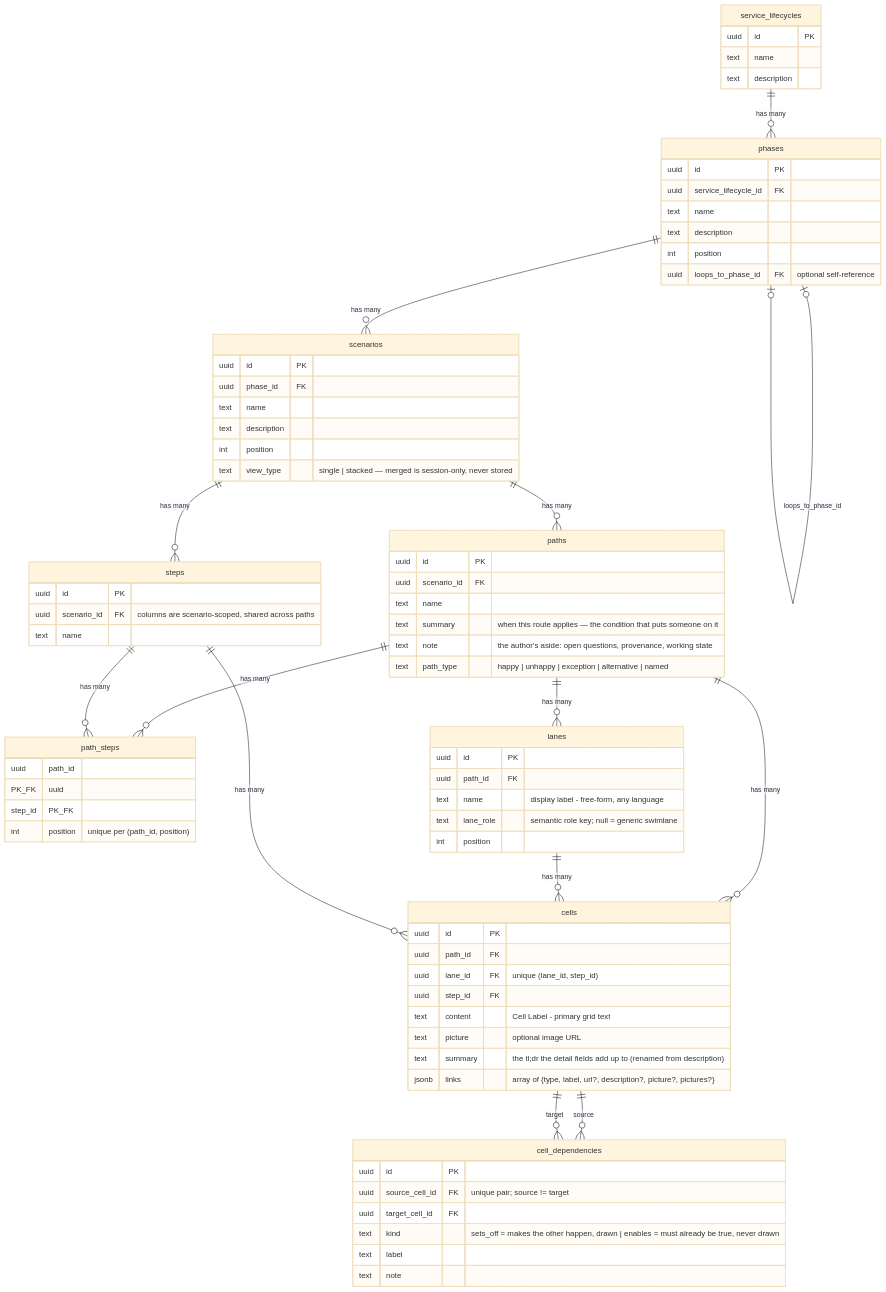
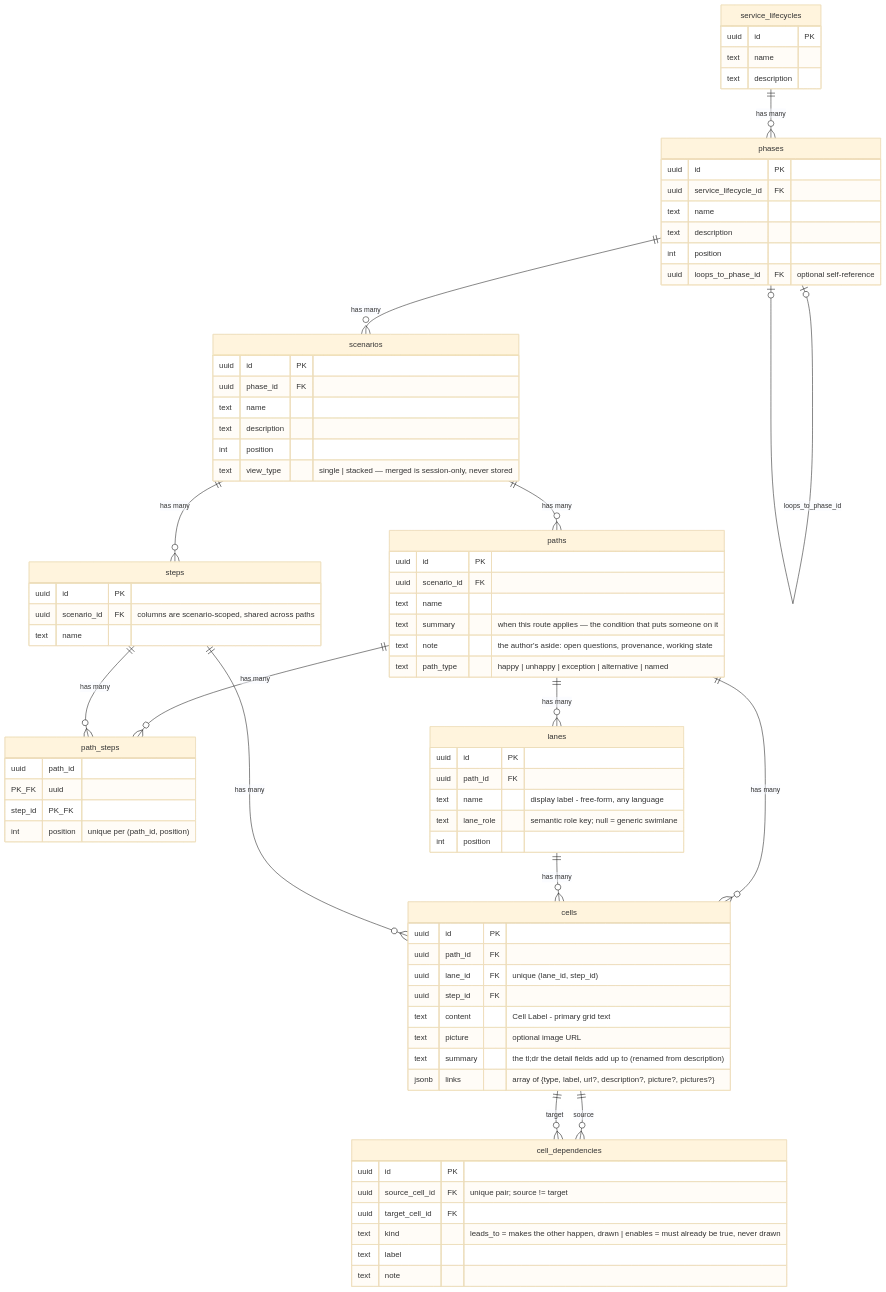
One commit to BilLogic/plus-uno-blueprint changed the diagram in src/lib/agent/skill/references/data-model.md. Above: the diagram before and after it, drawn with Mermaid (base theme). The commit also changed other lines of this file and 45 other files, not shown here.

````diff
--- a/src/lib/agent/skill/references/data-model.md
+++ b/src/lib/agent/skill/references/data-model.md
@@ -33,26 +33,26 @@
 ```mermaid
 erDiagram
   service_lifecycles ||--o{ phases : "has many"
   phases ||--o{ scenarios : "has many"
   phases |o--o| phases : "loops_to_phase_id"
   scenarios ||--o{ paths : "has many"
   scenarios ||--o{ steps : "has many"
   paths ||--o{ path_steps : "has many"
   steps ||--o{ path_steps : "has many"
   paths ||--o{ lanes : "has many"
   paths ||--o{ cells : "has many"
   lanes ||--o{ cells : "has many"
   steps ||--o{ cells : "has many"
   cells ||--o{ cell_dependencies : "source"
   cells ||--o{ cell_dependencies : "target"
 
   service_lifecycles { uuid id PK  text name  text description }
   phases { uuid id PK  uuid service_lifecycle_id FK  text name  text description  int position  uuid loops_to_phase_id FK "optional self-reference" }
   scenarios { uuid id PK  uuid phase_id FK  text name  text description  int position  text view_type "single | stacked — merged is session-only, never stored" }
   paths { uuid id PK  uuid scenario_id FK  text name  text summary "when this route applies — the condition that puts someone on it"  text note "the author's aside: open questions, provenance, working state"  text path_type "happy | unhappy | exception | alternative | named" }
   steps { uuid id PK  uuid scenario_id FK "columns are scenario-scoped, shared across paths"  text name }
   path_steps { uuid path_id PK_FK  uuid step_id PK_FK  int position "unique per (path_id, position)" }
   lanes { uuid id PK  uuid path_id FK  text name "display label - free-form, any language"  text lane_role "semantic role key; null = generic swimlane"  int position }
   cells { uuid id PK  uuid path_id FK  uuid lane_id FK "unique (lane_id, step_id)"  uuid step_id FK  text content "Cell Label - primary grid text"  text picture "optional image URL"  text summary "the tl;dr the detail fields add up to (renamed from description)"  jsonb links "array of {type, label, url?, description?, picture?, pictures?}" }
-  cell_dependencies { uuid id PK  uuid source_cell_id FK "unique pair; source != target"  uuid target_cell_id FK  text kind "sets_off = makes the other happen, drawn | enables = must already be true, never drawn"  text label  text note }
+  cell_dependencies { uuid id PK  uuid source_cell_id FK "unique pair; source != target"  uuid target_cell_id FK  text kind "leads_to = makes the other happen, drawn | enables = must already be true, never drawn"  text label  text note }
 ```
````
